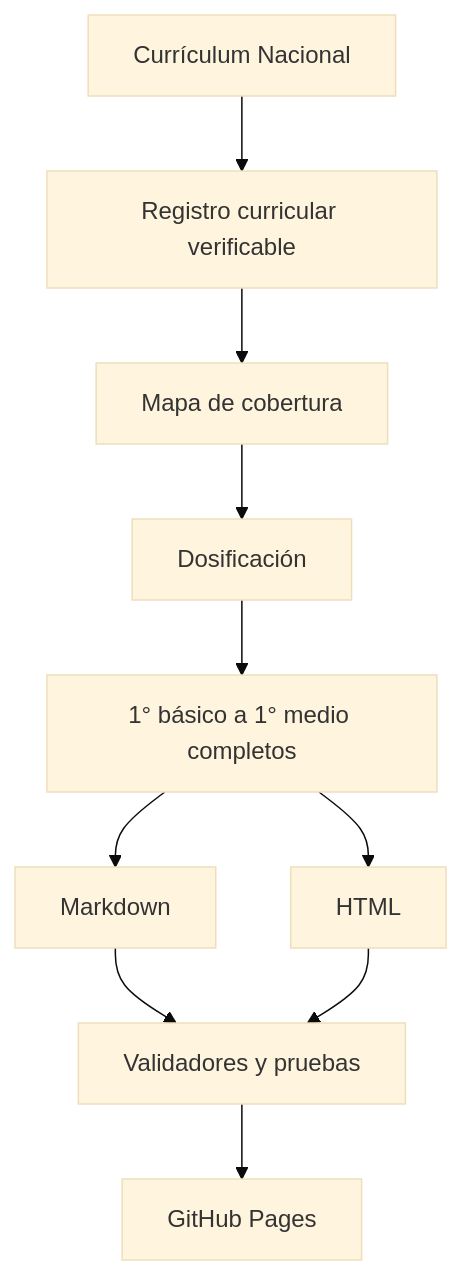
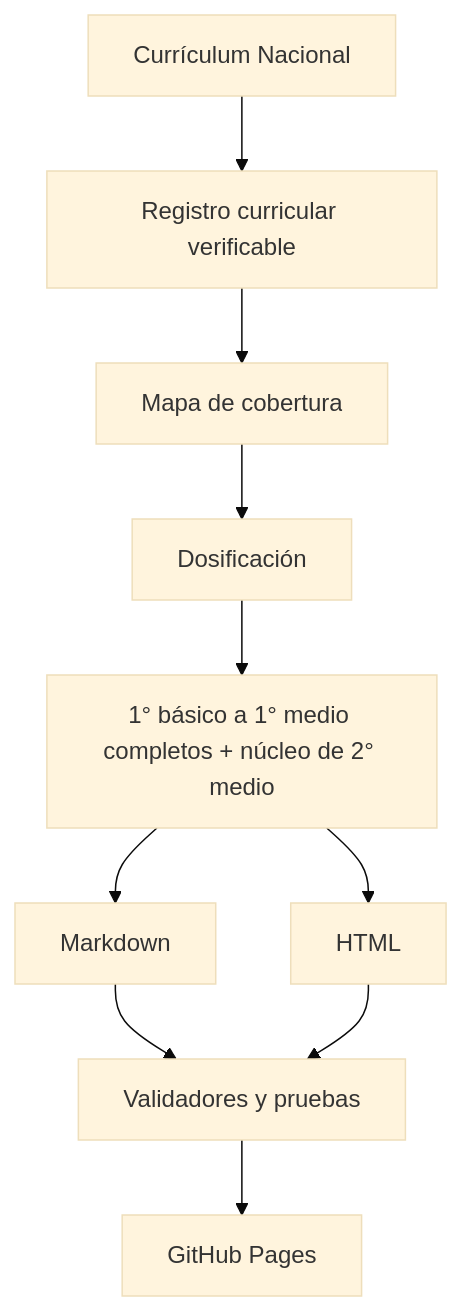
The second of 2 diagrams in README.md (vladimiracunadev-create/chilean-school-learning-path), drawn with Mermaid (base theme) before and after one commit. The commit also changed other lines of this file and 176 other files, not shown here.

````diff
--- a/README.md
+++ b/README.md
@@ -457,12 +473,12 @@
 ```mermaid
 flowchart TD
     A[Currículum Nacional] --> B[Registro curricular verificable]
     B --> C[Mapa de cobertura]
     C --> D[Dosificación]
-    D --> E[1° básico a 1° medio completos]
+    D --> E[1° básico a 1° medio completos + núcleo de 2° medio]
     E --> F[Markdown]
     E --> G[HTML]
     F --> H[Validadores y pruebas]
     G --> H
     H --> I[GitHub Pages]
 ```
````
